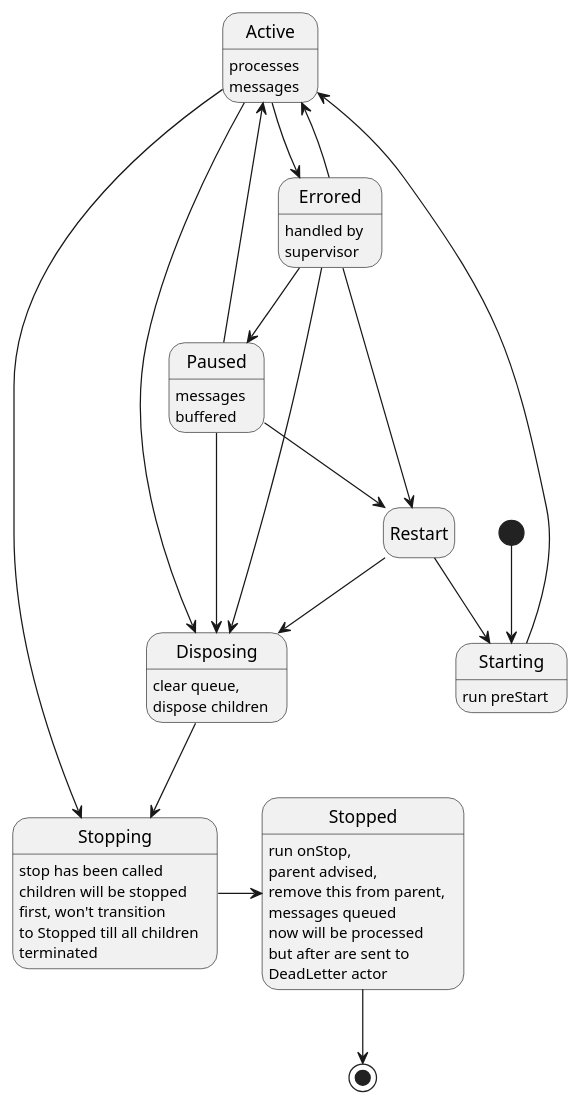
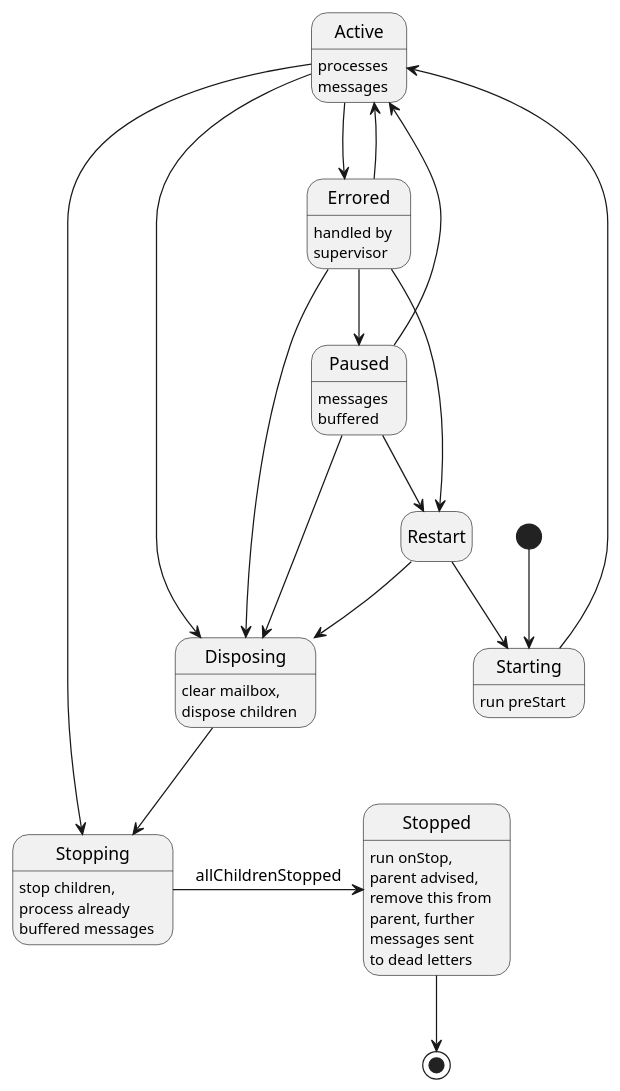
The diagram in src/main/plantuml/state-diagram.puml (davidmoten/reels), drawn with PlantUML before and after one commit.

Commit message:
state diagram dev

```diff
--- a/src/main/plantuml/state-diagram.puml
+++ b/src/main/plantuml/state-diagram.puml
@@ -1,29 +1,29 @@
 @startuml
 hide empty description
 [*] --> Starting 
 Starting --> Active
 Active --> Stopping
-Stopping -> Stopped
+Stopping -> Stopped: allChildrenStopped
 Active --> Disposing
 Disposing --> Stopping
 Paused --> Restart
 Paused --> Active
 Restart --> Starting
 Paused --> Disposing
 Stopped --> [*]
 Active --> Errored
 Errored --> Active
 Errored --> Disposing
 Errored --> Restart
 Errored --> Paused
 Restart --> Disposing
 
 Active: processes\nmessages
-Stopping: stop has been called\nchildren will be stopped\nfirst, won't transition\nto Stopped till all children\nterminated
-Stopped: run onStop,\nparent advised,\nremove this from parent,\nmessages queued\nnow will be processed\nbut after are sent to\nDeadLetter actor
+Stopping: stop children,\nprocess already\nbuffered messages
+Stopped: run onStop,\nparent advised,\nremove this from\nparent, further\nmessages sent\nto dead letters
 Paused: messages\nbuffered
 Errored: handled by\nsupervisor
 Starting: run preStart
-Disposing: clear queue,\ndispose children
+Disposing: clear mailbox,\ndispose children
 
 @enduml
```
